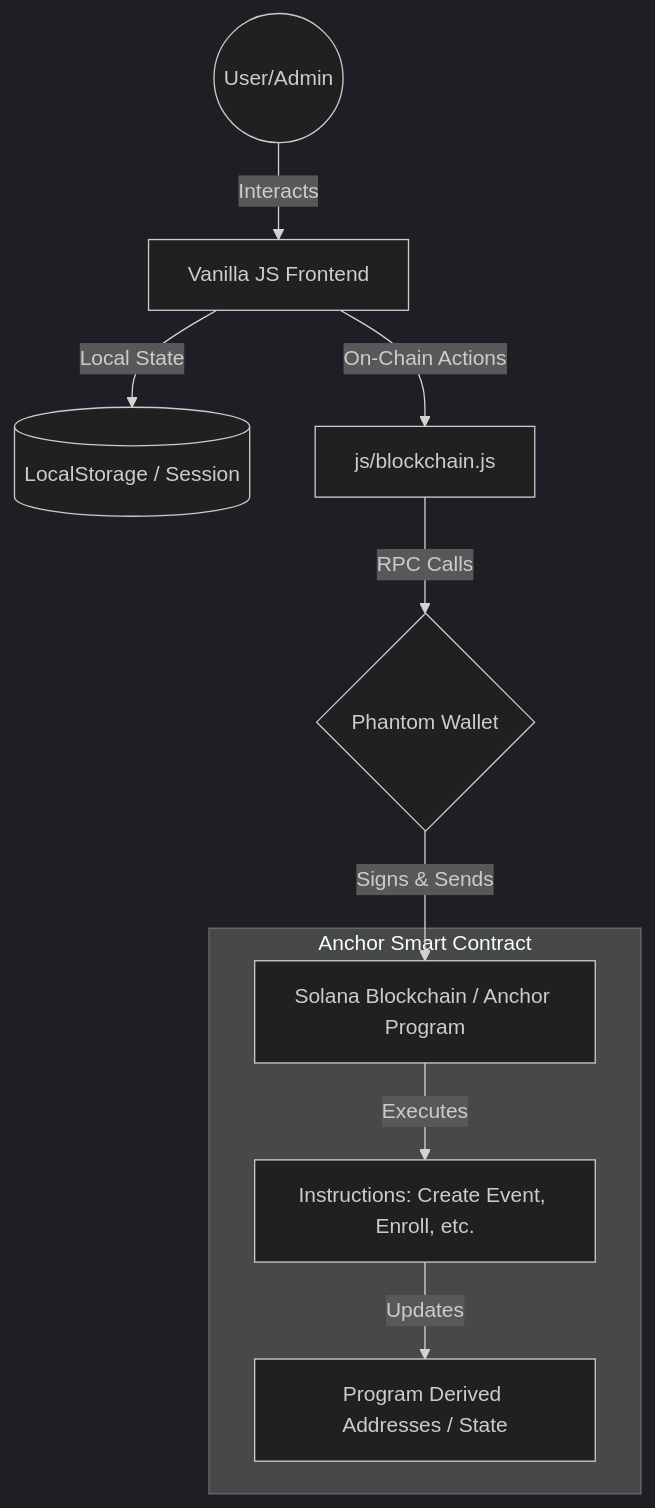
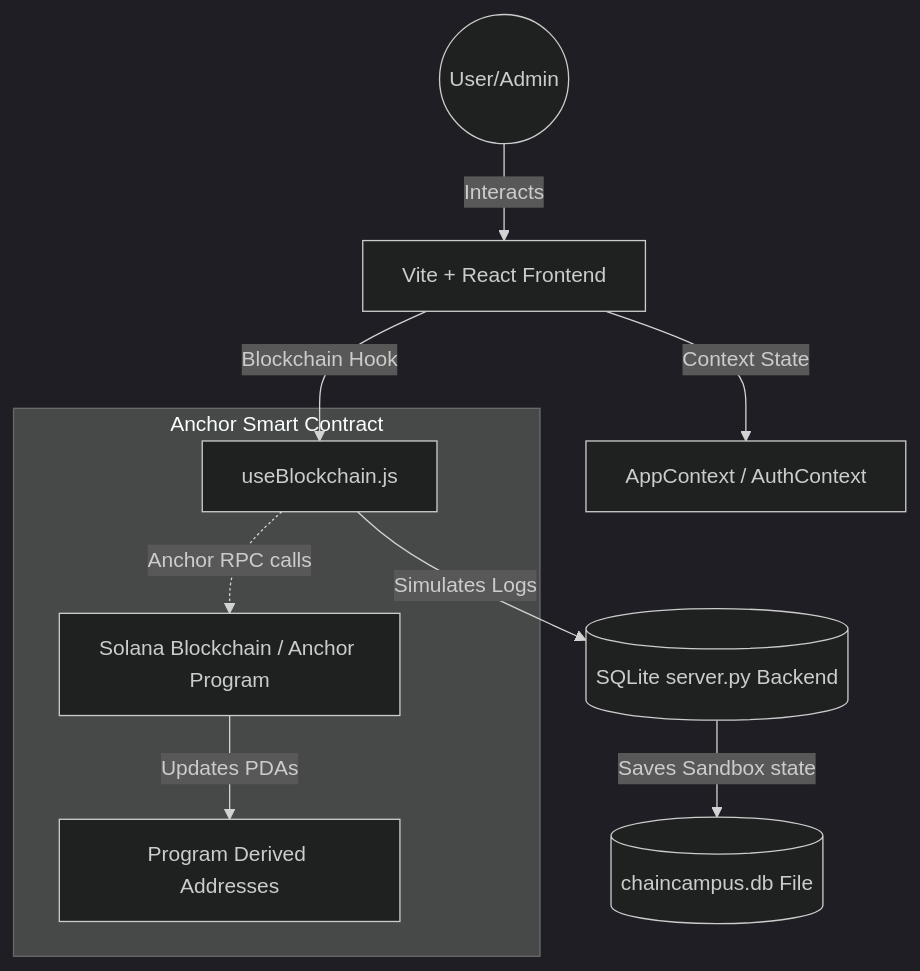
One commit to Dev-angPatil/DecentralisedIdCardSystem changed the first of 2 diagrams in OVERVIEW.md. Above: the diagram before and after it, drawn with Mermaid (dark theme). The commit also changed other lines of this file and 13 other files, not shown here.

````diff
--- a/OVERVIEW.md
+++ b/OVERVIEW.md
@@ -12,13 +12,13 @@
 ```mermaid
 graph TD
-    User((User/Admin)) -->|Interacts| WebUI[Vanilla JS Frontend]
-    WebUI -->|Local State| Storage[(LocalStorage / Session)]
-    WebUI -->|On-Chain Actions| BlockchainLayer[js/blockchain.js]
-    BlockchainLayer -->|RPC Calls| Phantom{Phantom Wallet}
-    Phantom -->|Signs & Sends| Solana[Solana Blockchain / Anchor Program]
+    User((User/Admin)) -->|Interacts| ReactApp[Vite + React Frontend]
+    ReactApp -->|Context State| AppContext[AppContext / AuthContext]
+    ReactApp -->|Blockchain Hook| BlockchainLayer[useBlockchain.js]
+    BlockchainLayer -->|Simulates Logs| SQLite[(SQLite server.py Backend)]
+    SQLite -->|Saves Sandbox state| DB[(chaincampus.db File)]
     
     subgraph "Anchor Smart Contract"
-        Solana -->|Executes| Instructions[Instructions: Create Event, Enroll, etc.]
-        Instructions -->|Updates| PDAs[Program Derived Addresses / State]
+        BlockchainLayer -.->|Anchor RPC calls| Solana[Solana Blockchain / Anchor Program]
+        Solana -->|Updates PDAs| PDAState[Program Derived Addresses]
     end
 ```
````
